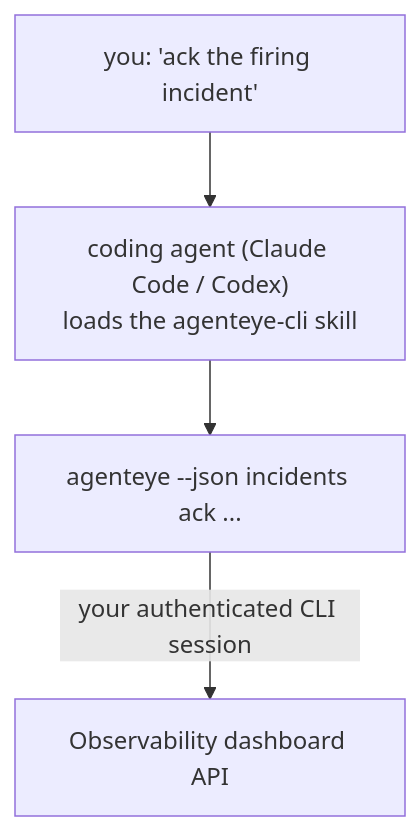
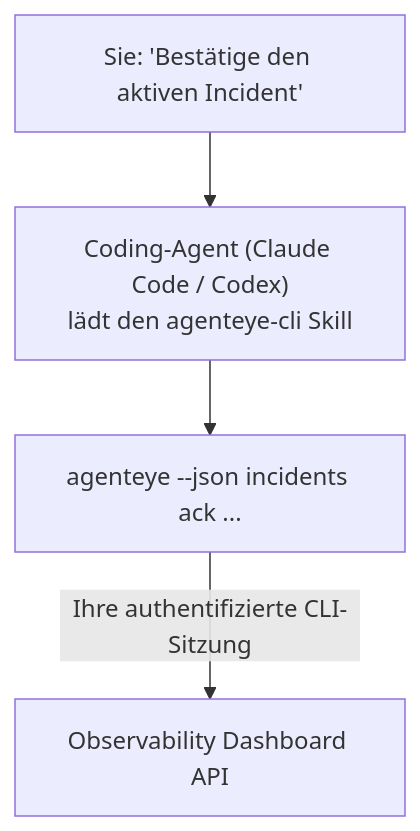
One commit to FailproofAI/failproofai changed the diagram in docs/de/agenteye/cli-skill.mdx. Above: the diagram before and after it, drawn with Mermaid. The commit also changed other lines of this file and 677 other files, not shown here.

````diff
--- a/docs/de/agenteye/cli-skill.mdx
+++ b/docs/de/agenteye/cli-skill.mdx
@@ -28,6 +28,6 @@
 ```mermaid
 flowchart TD
-    YOU["you: 'ack the firing incident'"] --> AGENT["coding agent (Claude Code / Codex)<br/>loads the agenteye-cli skill"]
+    YOU["Sie: 'Bestätige den aktiven Incident'"] --> AGENT["Coding-Agent (Claude Code / Codex)<br/>lädt den agenteye-cli Skill"]
     AGENT --> CLI["agenteye --json incidents ack ..."]
-    CLI -->|your authenticated CLI session| API["Observability dashboard API"]
+    CLI -->|Ihre authentifizierte CLI-Sitzung| API["Observability Dashboard API"]
 ```
````
